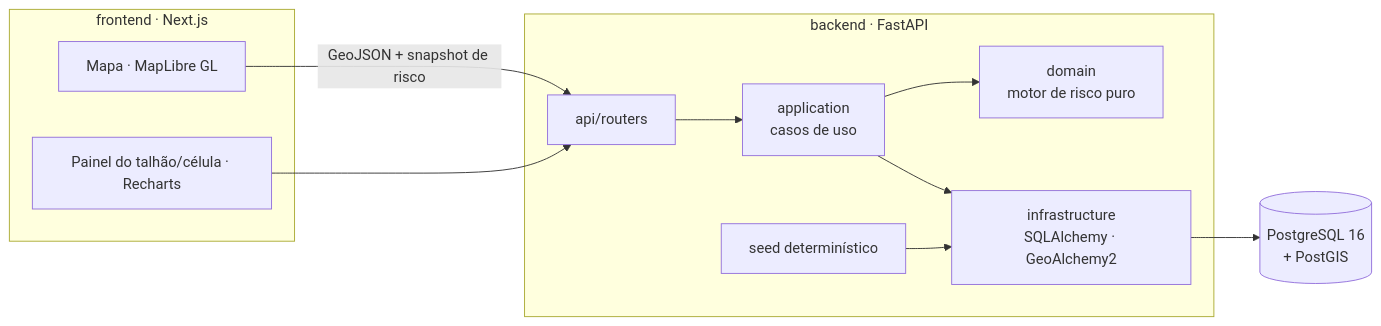
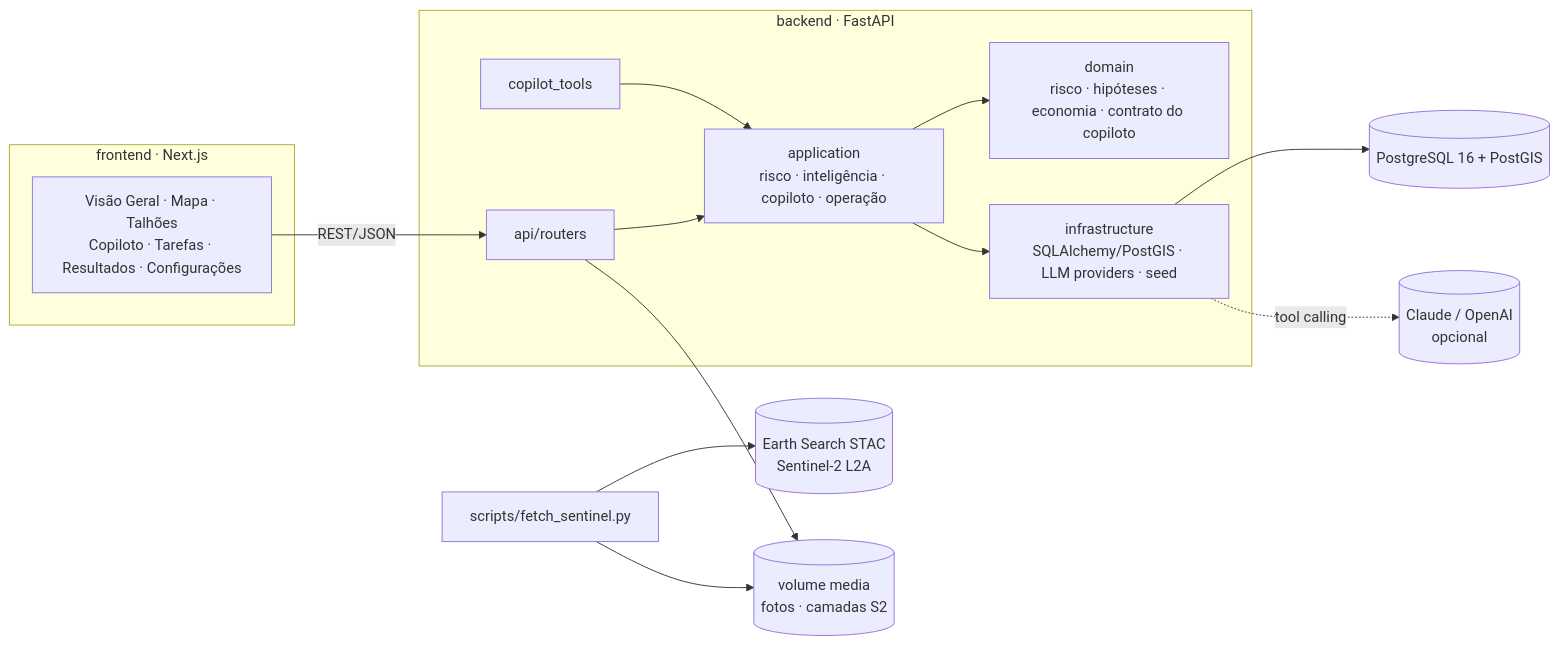
Before and after one commit to iamluanem/agroCopilot: the diagram in README.md, drawn with Mermaid. The commit also changed other lines of this file and 21 other files, not shown here.

Commit message:
feat: fase 5 — configurações, Sentinel-2 real e navegação mobile

````diff
--- a/README.md
+++ b/README.md
@@ -75,17 +75,22 @@
 ```mermaid
 flowchart LR
   subgraph web["frontend · Next.js"]
-    MAP[Mapa · MapLibre GL]
-    PANEL[Painel do talhão/célula · Recharts]
+    UI[Visão Geral · Mapa · Talhões<br/>Copiloto · Tarefas · Resultados · Configurações]
   end
   subgraph api["backend · FastAPI"]
-    R[api/routers] --> A[application<br/>casos de uso]
-    A --> D[domain<br/>motor de risco puro]
-    A --> I[infrastructure<br/>SQLAlchemy · GeoAlchemy2]
-    S[seed determinístico] --> I
+    R[api/routers] --> A[application<br/>risco · inteligência · copiloto · operação]
+    A --> D[domain<br/>risco · hipóteses · economia · contrato do copiloto]
+    A --> I[infrastructure<br/>SQLAlchemy/PostGIS · LLM providers · seed]
+    T[copilot_tools] --> A
   end
-  DB[(PostgreSQL 16<br/>+ PostGIS)]
-  MAP -- GeoJSON + snapshot de risco --> R
-  PANEL --> R
+  LLM[(Claude / OpenAI<br/>opcional)]
+  S2[(Earth Search STAC<br/>Sentinel-2 L2A)]
+  DB[(PostgreSQL 16 + PostGIS)]
+  M[(volume media<br/>fotos · camadas S2)]
+  UI -->|REST/JSON| R
   I --> DB
+  I -.tool calling.-> LLM
+  SC[scripts/fetch_sentinel.py] --> S2
+  SC --> M
+  R --> M
 ```
````
